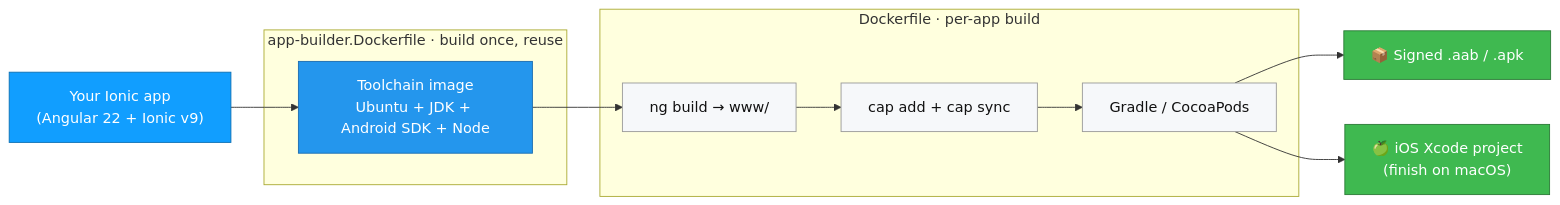
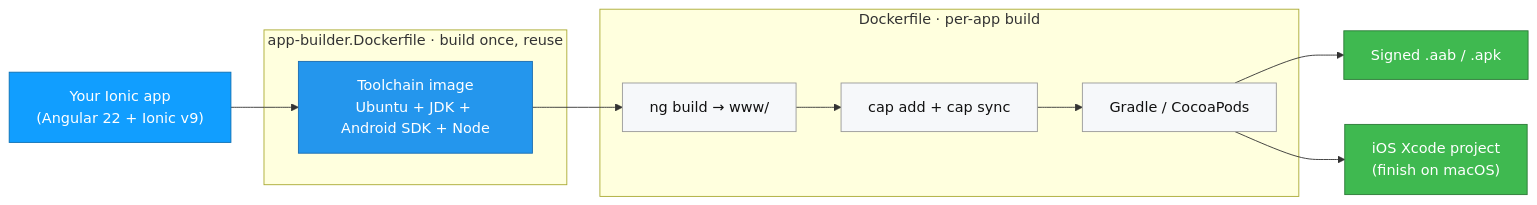
One commit to capellasolutions/ionic-capacitor-docker changed the diagram in README.md. Above: the diagram before and after it, drawn with Mermaid.

Commit message:
Make the Mermaid diagram robust (declare nodes before edges)
Define every node first, then the edges, so GitHub's Mermaid renderer has no
forward references to resolve. Also drop the emoji from node labels (a couple of
renderers choke on them inside quoted labels).

````diff
--- a/README.md
+++ b/README.md
@@ -53,21 +53,24 @@
 ```mermaid
 flowchart LR
-    A["Your Ionic app<br/>(Angular 22 + Ionic v9)"]:::app --> B
+    A["Your Ionic app<br/>(Angular 22 + Ionic v9)"]:::app
 
     subgraph IMG["app-builder.Dockerfile · build once, reuse"]
         B["Toolchain image<br/>Ubuntu + JDK + Android SDK + Node"]:::img
     end
 
     subgraph APP["Dockerfile · per-app build"]
         C["ng build → www/"]:::step --> D["cap add + cap sync"]:::step --> E["Gradle / CocoaPods"]:::step
     end
 
-    B --> C
-    E --> F["📦 Signed .aab / .apk"]:::out
-    E --> G["🍏 iOS Xcode project<br/>(finish on macOS)"]:::out
+    F["Signed .aab / .apk"]:::out
+    G["iOS Xcode project<br/>(finish on macOS)"]:::out
+
+    A --> B --> C
+    E --> F
+    E --> G
 
     classDef app fill:#119EFF,stroke:#0b6fb3,color:#fff
     classDef img fill:#2496ED,stroke:#1a6cb0,color:#fff
     classDef step fill:#f6f8fa,stroke:#999,color:#111
     classDef out fill:#3fb950,stroke:#2b7a37,color:#fff
 ```
````
